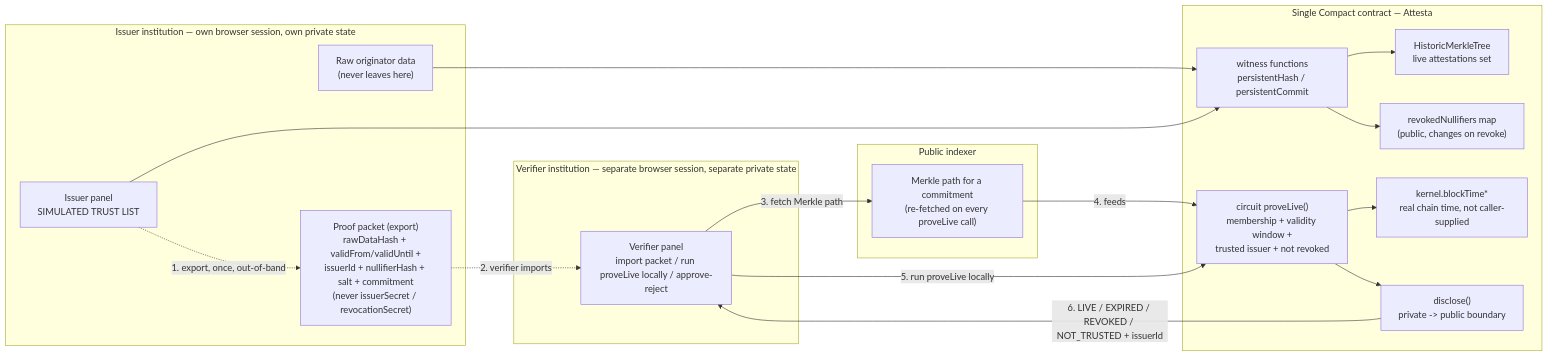
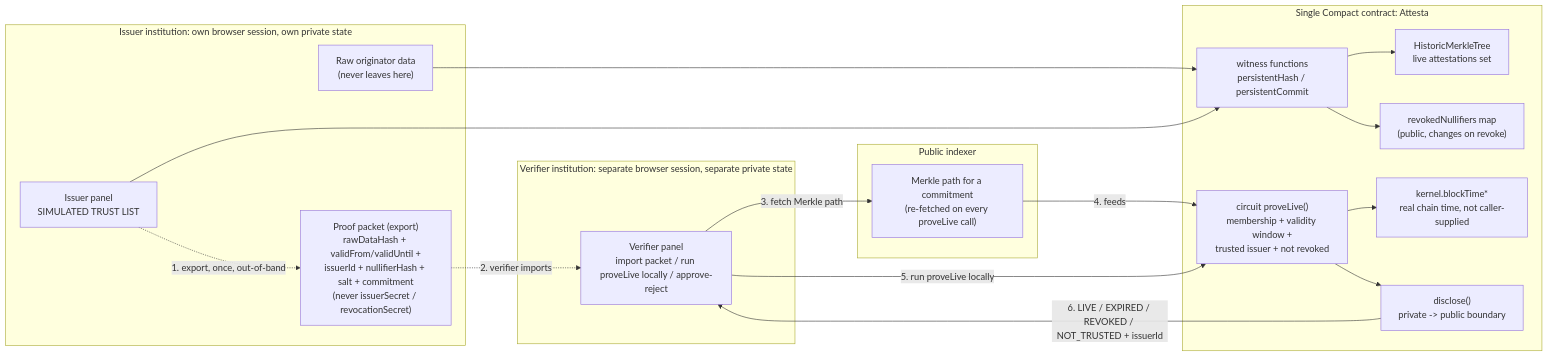
One commit to ceciliagalvaoo/Attesta changed the diagram in README.md. Above: the diagram before and after it, drawn with Mermaid. The commit also changed other lines of this file and 49 other files, not shown here.

````diff
--- a/README.md
+++ b/README.md
@@ -48,38 +80,38 @@
 ```mermaid
 flowchart LR
-    subgraph Issuer["Issuer institution — own browser session, own private state"]
+    subgraph Issuer["Issuer institution: own browser session, own private state"]
         RawData["Raw originator data\n(never leaves here)"]
         IssuerPanel["Issuer panel\nSIMULATED TRUST LIST"]
         Packet["Proof packet (export)\nrawDataHash + validFrom/validUntil +\nissuerId + nullifierHash + salt + commitment\n(never issuerSecret / revocationSecret)"]
     end
 
-    subgraph Contract["Single Compact contract — Attesta"]
+    subgraph Contract["Single Compact contract: Attesta"]
         Witness["witness functions\npersistentHash / persistentCommit"]
         Tree["HistoricMerkleTree\nlive attestations set"]
         Nullifiers["revokedNullifiers map\n(public, changes on revoke)"]
         Kernel["kernel.blockTime*\nreal chain time, not caller-supplied"]
         ProveLive["circuit proveLive()\nmembership + validity window +\ntrusted issuer + not revoked"]
         Disclose["disclose()\nprivate -> public boundary"]
     end
 
     subgraph Indexer["Public indexer"]
         MerklePath["Merkle path for a commitment\n(re-fetched on every proveLive call)"]
     end
 
-    subgraph Verifier["Verifier institution — separate browser session, separate private state"]
+    subgraph Verifier["Verifier institution: separate browser session, separate private state"]
         VerifierPanel["Verifier panel\nimport packet / run proveLive locally / approve-reject"]
     end
 
     RawData --> Witness
     IssuerPanel --> Witness
     Witness --> Tree
     Witness --> Nullifiers
     IssuerPanel -. "1. export, once, out-of-band" .-> Packet
     Packet -. "2. verifier imports" .-> VerifierPanel
     VerifierPanel -- "3. fetch Merkle path" --> MerklePath
     MerklePath -- "4. feeds" --> ProveLive
     VerifierPanel -- "5. run proveLive locally" --> ProveLive
     ProveLive --> Kernel
     ProveLive --> Disclose
     Disclose -- "6. LIVE / EXPIRED / REVOKED / NOT_TRUSTED + issuerId" --> VerifierPanel
 ```
````
